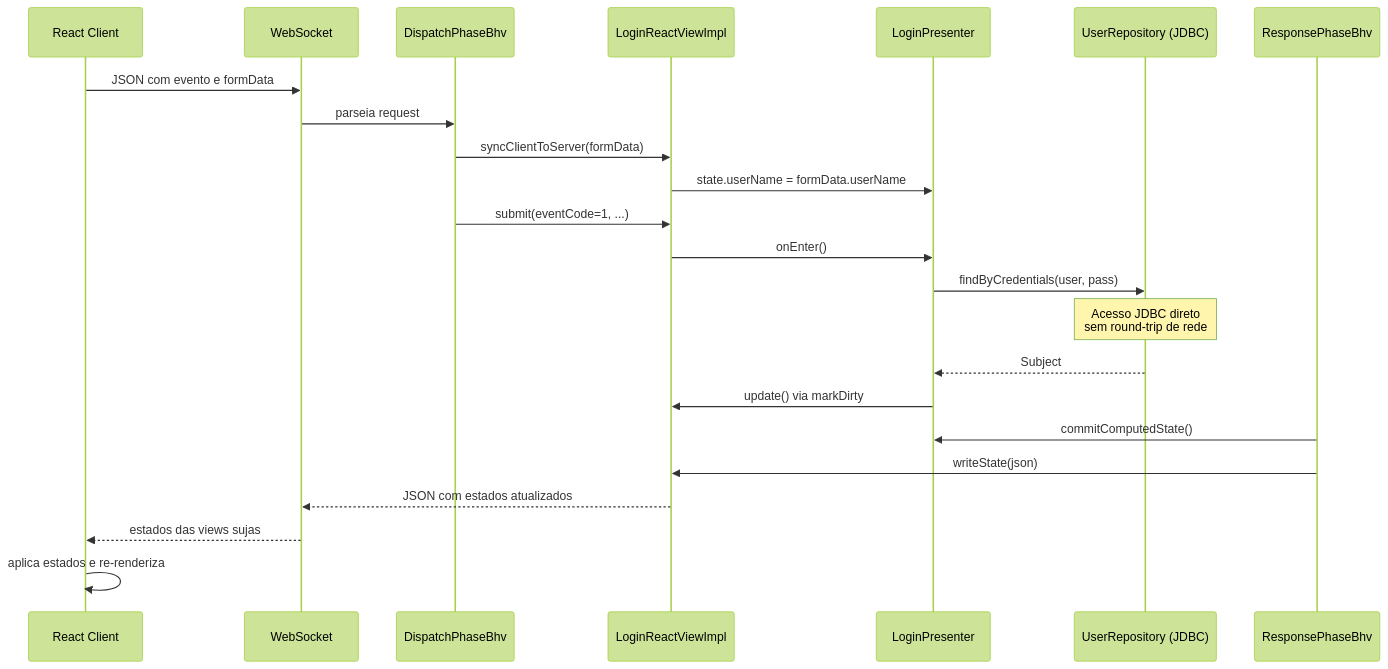
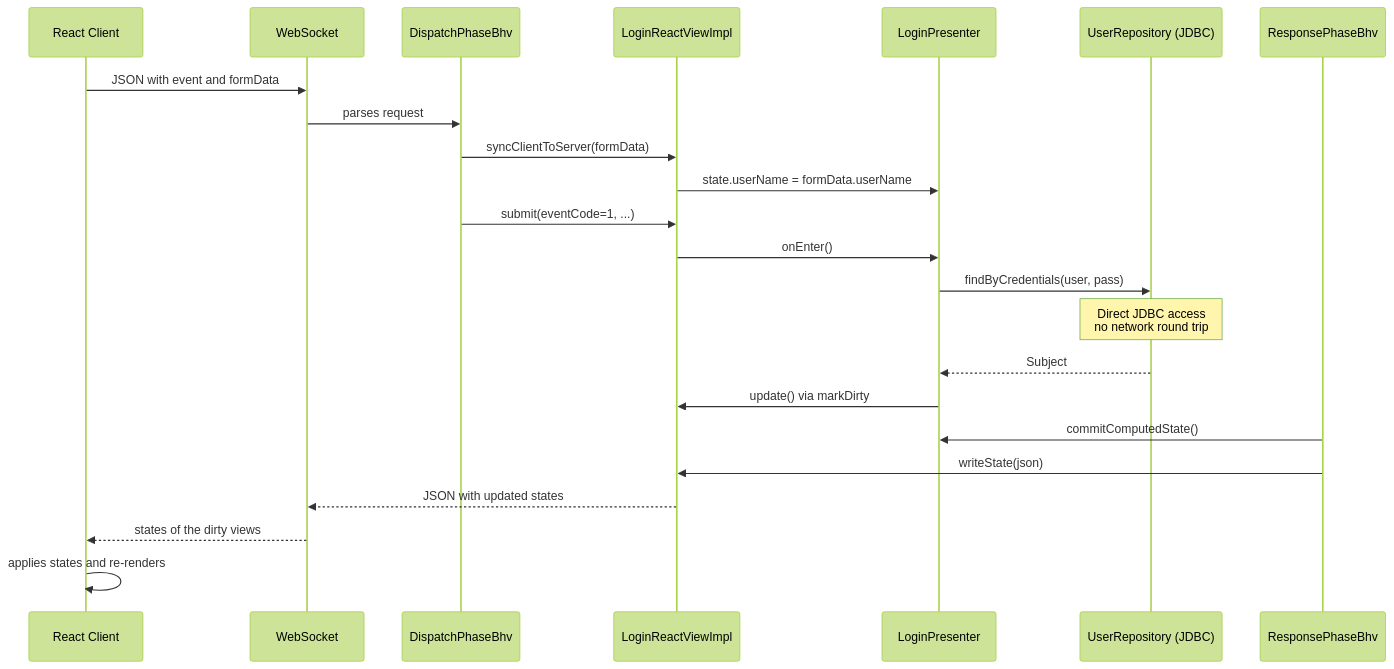
One commit to mrcdom/wdc-cube-kotlin changed the fourth of 9 diagrams in docs/architecture-react.md. Above: the diagram before and after it, drawn with Mermaid (forest theme). The commit also changed other lines of this file and 10 other files, not shown here.

First line of the commit message:
docs: architecture docs and top-level READMEs in US English

````diff
--- a/docs/architecture-react.md
+++ b/docs/architecture-react.md
@@ -127,26 +127,26 @@
 ```mermaid
 sequenceDiagram
     participant Browser as React Client
     participant WS as WebSocket
     participant Dispatch as DispatchPhaseBhv
     participant ViewImpl as LoginReactViewImpl
     participant Presenter as LoginPresenter
     participant Repo as UserRepository (JDBC)
     participant Response as ResponsePhaseBhv
 
-    Browser->>WS: JSON com evento e formData
-    WS->>Dispatch: parseia request
+    Browser->>WS: JSON with event and formData
+    WS->>Dispatch: parses request
     Dispatch->>ViewImpl: syncClientToServer(formData)
     ViewImpl->>Presenter: state.userName = formData.userName
     Dispatch->>ViewImpl: submit(eventCode=1, ...)
     ViewImpl->>Presenter: onEnter()
     Presenter->>Repo: findByCredentials(user, pass)
-    Note over Repo: Acesso JDBC direto<br/>sem round-trip de rede
+    Note over Repo: Direct JDBC access<br/>no network round trip
     Repo-->>Presenter: Subject
     Presenter->>ViewImpl: update() via markDirty
     Response->>Presenter: commitComputedState()
     Response->>ViewImpl: writeState(json)
-    ViewImpl-->>WS: JSON com estados atualizados
-    WS-->>Browser: estados das views sujas
-    Browser->>Browser: aplica estados e re-renderiza
+    ViewImpl-->>WS: JSON with updated states
+    WS-->>Browser: states of the dirty views
+    Browser->>Browser: applies states and re-renders
 ```
````
